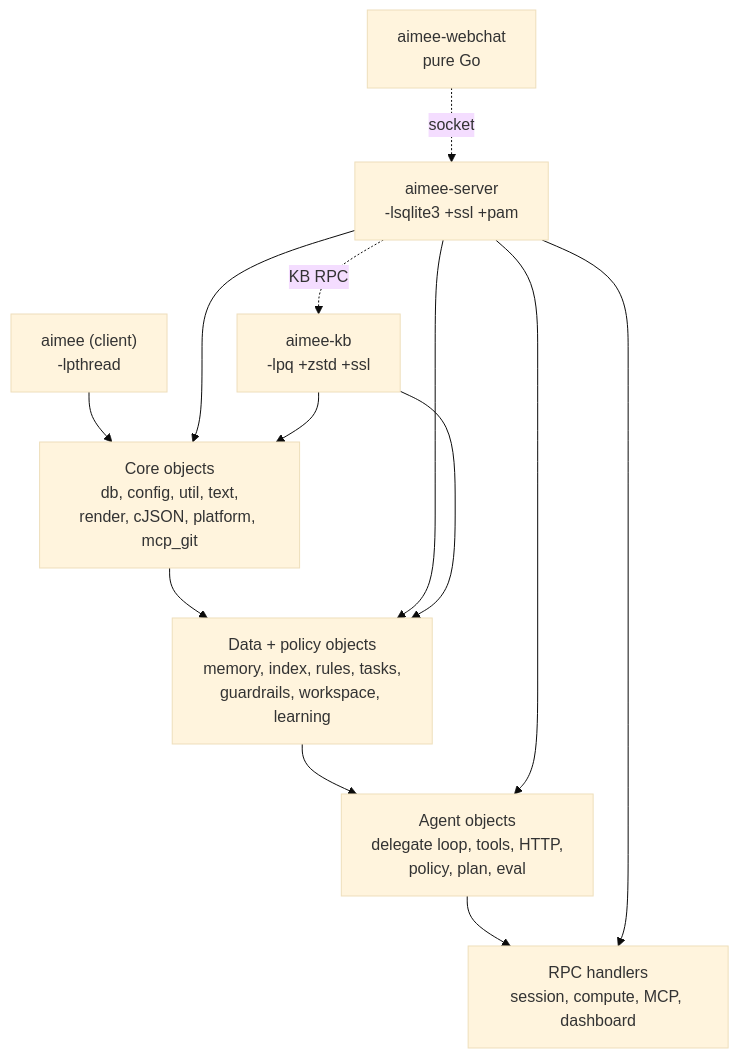
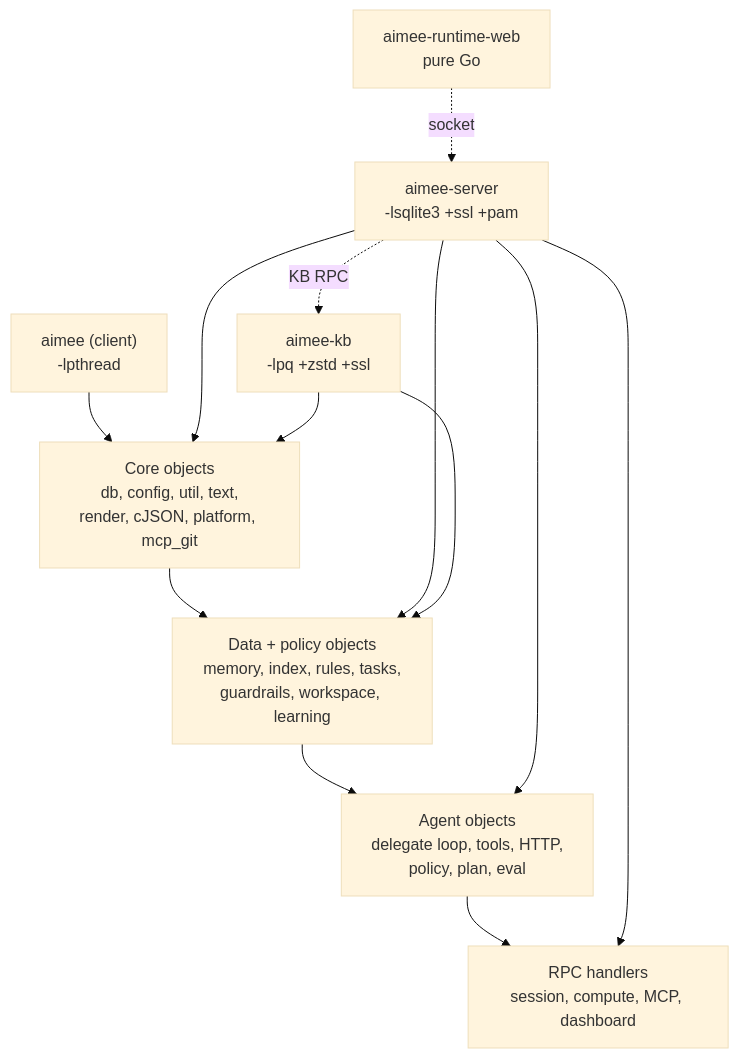
The third of 7 diagrams in docs/ARCHITECTURE.md (RakuenSoftware/aimee), drawn with Mermaid (base theme) before and after one commit. The commit also changed other lines of this file and 78 other files, not shown here.

````diff
--- a/docs/ARCHITECTURE.md
+++ b/docs/ARCHITECTURE.md
@@ -191,22 +191,22 @@
 ```mermaid
 graph TD
     Core["Core objects<br/>db, config, util, text,<br/>render, cJSON, platform, mcp_git"]
     Data["Data + policy objects<br/>memory, index, rules, tasks,<br/>guardrails, workspace, learning"]
     Agent["Agent objects<br/>delegate loop, tools, HTTP,<br/>policy, plan, eval"]
     Cmd["RPC handlers<br/>session, compute, MCP, dashboard"]
 
     aimee["aimee (client)<br/>-lpthread"]
     server["aimee-server<br/>-lsqlite3 +ssl +pam"]
     kb["aimee-kb<br/>-lpq +zstd +ssl"]
-    webchat["aimee-webchat<br/>pure Go"]
+    webchat["aimee-runtime-web<br/>pure Go"]
 
     aimee --> Core
     server --> Core --> Data
     server --> Data --> Agent
     server --> Agent --> Cmd
     server --> Cmd
     kb --> Core
     kb --> Data
     webchat -.->|socket| server
     server -.->|KB RPC| kb
 ```
````
